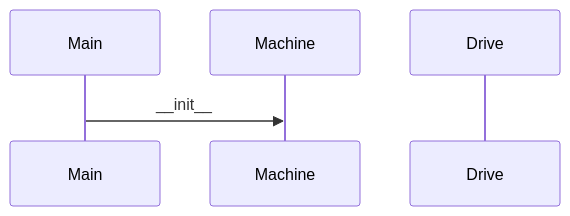
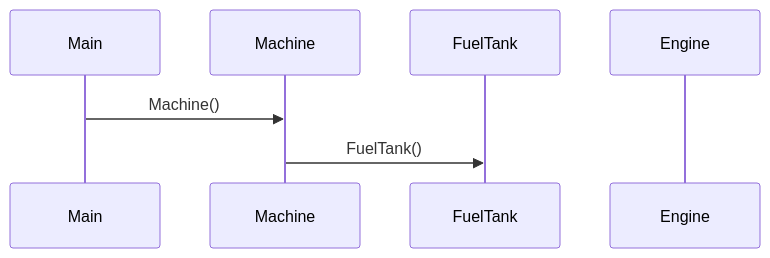
The diagram in laskarit/viikko3/sekvenssikaavio.md (phuvio/ot-harjoitustyo), drawn with Mermaid before and after one commit.

````diff
--- a/laskarit/viikko3/sekvenssikaavio.md
+++ b/laskarit/viikko3/sekvenssikaavio.md
@@ -3,8 +3,9 @@
 ```mermaid
  sequenceDiagram
    participant P as Main
    participant M as Machine
-   participant D as Drive
-   P->>M: __init__
-   
+   participant F as FuelTank
+   participant E as Engine
+   P->>M: Machine()
+   M->>F: FuelTank()
 ```
````
